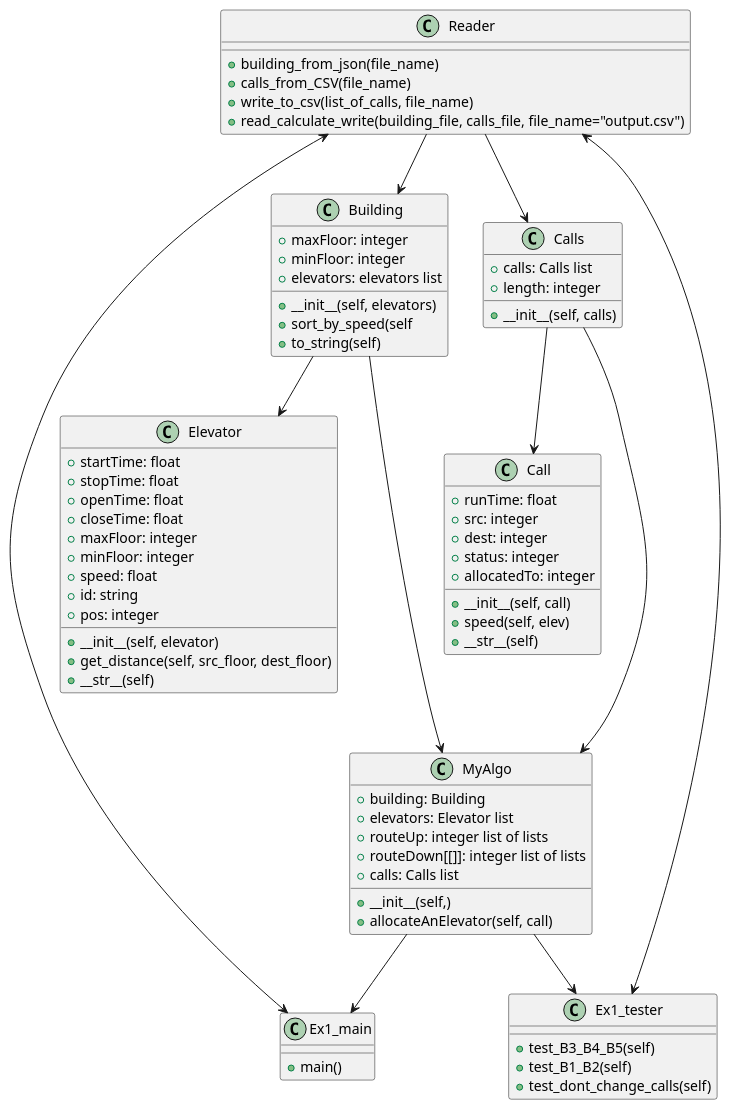
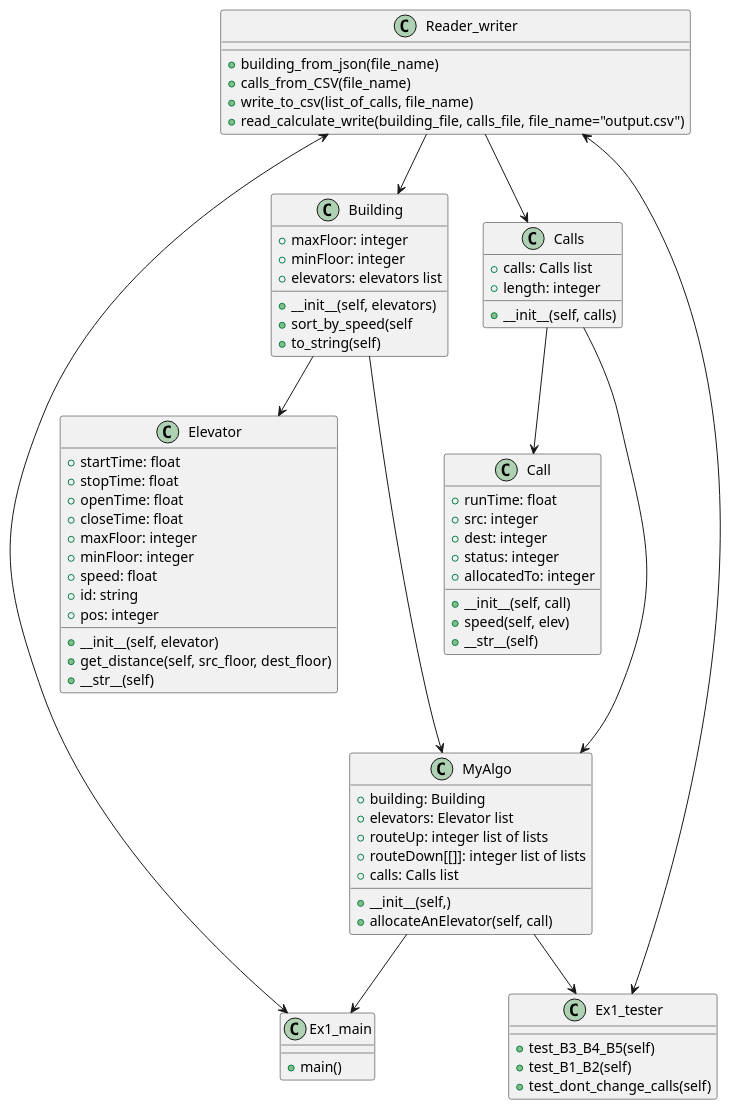
One commit to yanir75/Ex1_oop changed the diagram in Smart Elevator UML.puml. Above: the diagram before and after it, drawn with PlantUML.

Commit message:
Update Smart Elevator UML.puml

```diff
--- a/Smart Elevator UML.puml
+++ b/Smart Elevator UML.puml
@@ -1,87 +1,87 @@
 @startuml
 class Building {
 +maxFloor: integer
 +minFloor: integer
 +elevators: elevators list
 +__init__(self, elevators)
 +sort_by_speed(self
 +to_string(self)
 }
 
 
 class Elevator{
 +startTime: float
 +stopTime: float
 +openTime: float
 +closeTime: float
 +maxFloor: integer
 +minFloor: integer
 +speed: float
 +id: string
 +pos: integer
 +__init__(self, elevator)
 +get_distance(self, src_floor, dest_floor)
 +__str__(self)
 }
 
 
 class Call{
 +runTime: float
 +src: integer
 +dest: integer
 +status: integer
 +allocatedTo: integer
 +__init__(self, call)
 +speed(self, elev)
 +__str__(self)
 }
 
 
 class Calls{
 +calls: Calls list
 +length: integer
 +__init__(self, calls)
 }
 
 
-class Reader{
+class Reader_writer{
 +building_from_json(file_name)
 +calls_from_CSV(file_name)
 +write_to_csv(list_of_calls, file_name)
 +read_calculate_write(building_file, calls_file, file_name="output.csv")
 }
 
 
 class Ex1_main{
 +main()
 }
 
 
 class Ex1_tester{
 +test_B3_B4_B5(self)
 +test_B1_B2(self)
 +test_dont_change_calls(self)
 }
 
 
 class MyAlgo {
 +building: Building
 +elevators: Elevator list
 +routeUp: integer list of lists
 +routeDown[[]]: integer list of lists
 +calls: Calls list
 +__init__(self,)
 +allocateAnElevator(self, call)
     }
 
 Building --> Elevator
 Building ---> MyAlgo
 Calls --> Call
 Calls ---> MyAlgo
 MyAlgo --> Ex1_main
 MyAlgo --> Ex1_tester
-Reader --> Calls
-Reader --> Building
-Reader <--> Ex1_tester
-Reader <--> Ex1_main
+Reader_writer --> Calls
+Reader_writer --> Building
+Reader_writer <--> Ex1_tester
+Reader_writer <--> Ex1_main
 @endum
```
